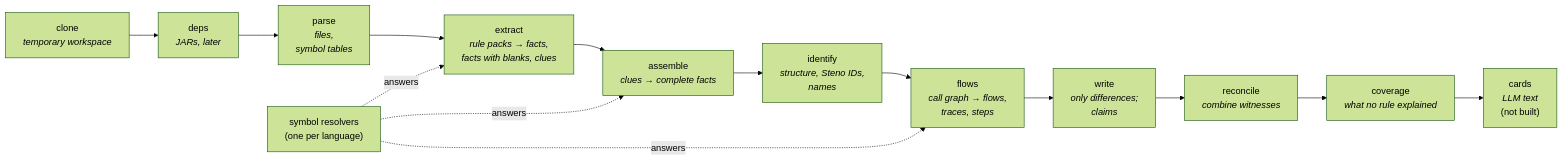
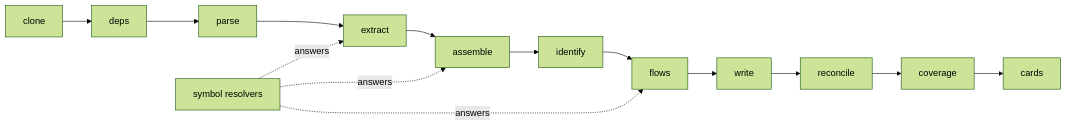
One commit to KBavis/steno changed the diagram in docs/how-it-works/ingestion/README.md. Above: the diagram before and after it, drawn with Mermaid (forest theme). The commit also changed other lines of this file and 35 other files, not shown here.

First line of the commit message:
docs: simplify the docs and record D150 (flows-first routing)

````diff
--- a/docs/how-it-works/ingestion/README.md
+++ b/docs/how-it-works/ingestion/README.md
@@ -29,14 +24,6 @@
 ```mermaid
 flowchart LR
-    C["clone<br/><i>temporary workspace</i>"] --> DP["deps<br/><i>JARs, later</i>"]
-    DP --> P["parse<br/><i>files,<br/>symbol tables</i>"]
-    P --> X["extract<br/><i>rule packs → facts,<br/>facts with blanks, clues</i>"]
-    X --> A["assemble<br/><i>clues → complete facts</i>"]
-    A --> ID["identify<br/><i>structure, Steno IDs,<br/>names</i>"]
-    ID --> FL["flows<br/><i>call graph → flows,<br/>traces, steps</i>"]
-    FL --> W["write<br/><i>only differences;<br/>claims</i>"]
-    W --> RC["reconcile<br/><i>combine witnesses</i>"]
-    RC --> CV["coverage<br/><i>what no rule explained</i>"]
-    CV --> CD["cards<br/><i>LLM text</i><br/>(not built)"]
-    SR["symbol resolvers<br/>(one per language)"] -. answers .-> X & A & FL
+    C["clone"] --> DP["deps"] --> P["parse"] --> X["extract"] --> A["assemble"] --> ID["identify"]
+    ID --> FL["flows"] --> W["write"] --> RC["reconcile"] --> CV["coverage"] --> CD["cards"]
+    SR["symbol resolvers"] -. answers .-> X & A & FL
 ```
````
